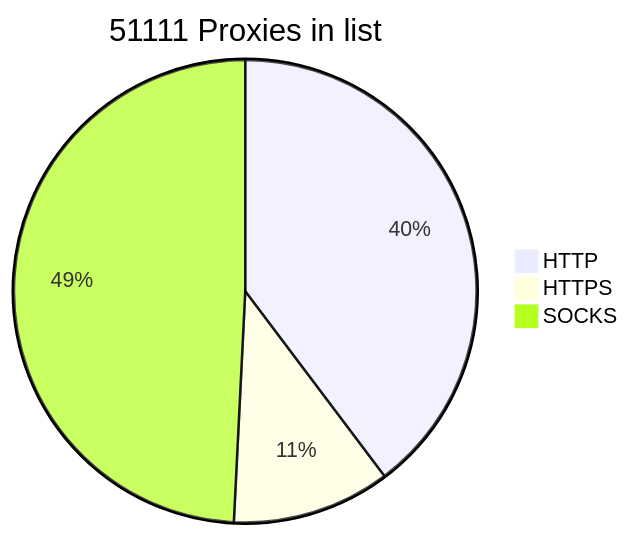
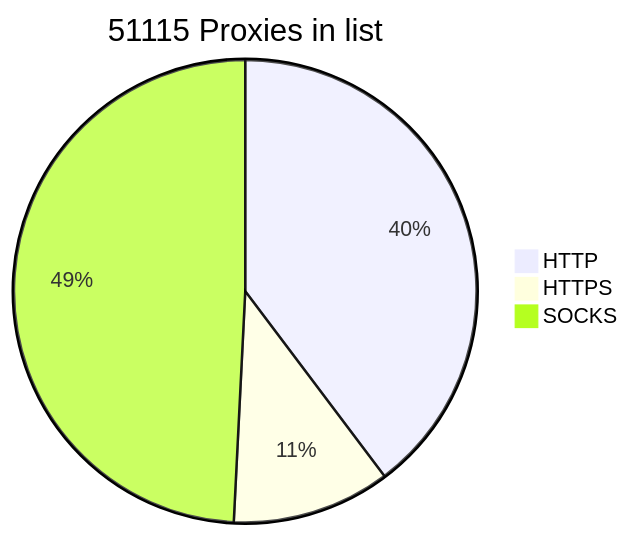
The diagram in README.md (BlackSnowDot/proxylist-update-every-minute), drawn with Mermaid before and after one commit.

````diff
--- a/README.md
+++ b/README.md
@@ -2,6 +2,6 @@
 ```mermaid
-pie title 51111 Proxies in list
-    "HTTP" : 22521
-    "HTTPS": 6271
+pie title 51115 Proxies in list
+    "HTTP" : 22524
+    "HTTPS": 6275
     "SOCKS" : 27901
 ```
````
